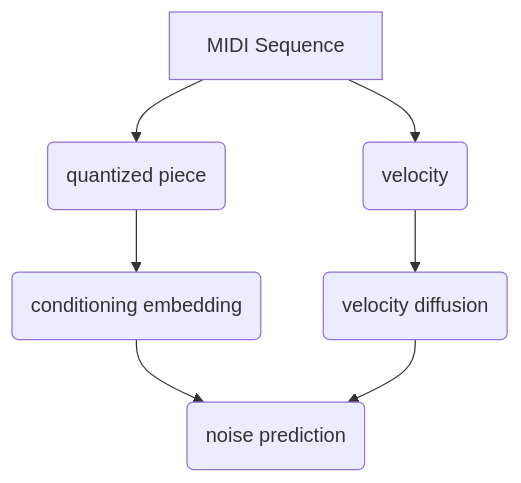
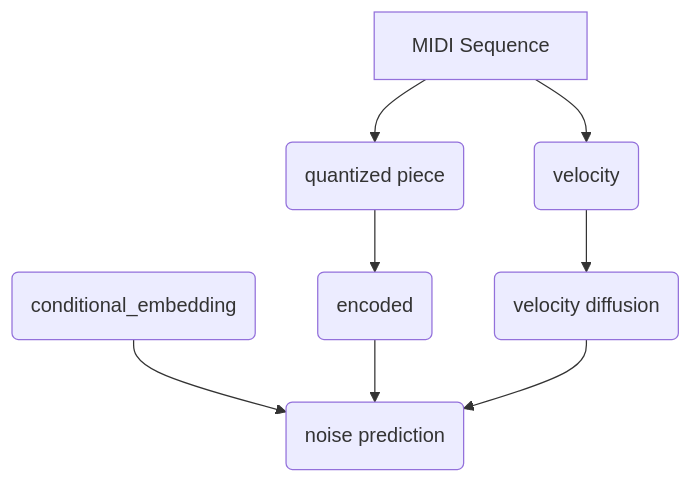
Before and after one commit to Nospoko/midi-diffusion: the first of 2 diagrams in README.md, drawn with Mermaid. The commit also changed other lines of this file, not shown here.

````diff
--- a/README.md
+++ b/README.md
@@ -11,9 +11,10 @@
 ```mermaid
 flowchart TD
     A[MIDI Sequence] --> B(quantized piece)
     A --> C(velocity)
     C --> D(velocity diffusion)
-    B --> E(conditioning embedding)
+    B --> E(encoded)
+    G(conditional_embedding) --> F
     E --> F(noise prediction)
     D --> F 
 ```
````
